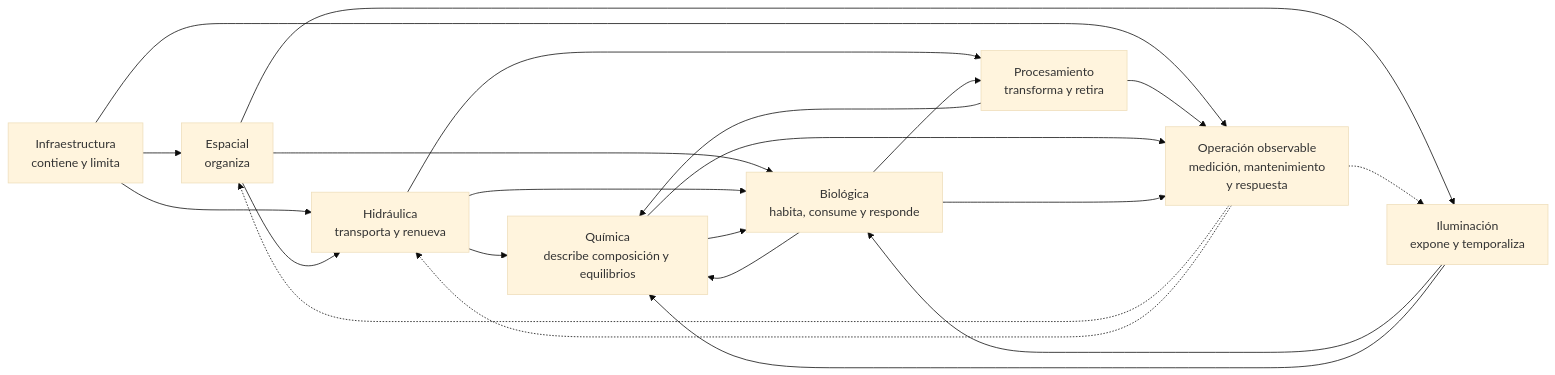
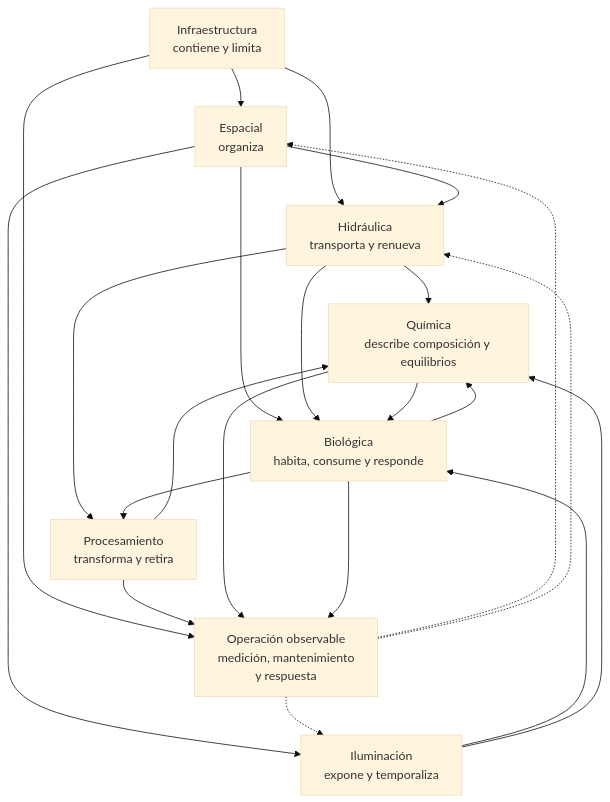
Before and after one commit to RicardoJBarrios/acuario-veril: the diagram in fichas/dimensiones/modelo.md, drawn with Mermaid (base theme). The commit also changed 18 other files, not shown here.

````diff
--- a/fichas/dimensiones/modelo.md
+++ b/fichas/dimensiones/modelo.md
@@ -37,33 +37,33 @@
 ```mermaid
-flowchart LR
+flowchart
     F[Infraestructura<br/>contiene y limita]
     E[Espacial<br/>organiza]
     H[Hidráulica<br/>transporta y renueva]
     L[Iluminación<br/>expone y temporaliza]
     B[Biológica<br/>habita, consume y responde]
     Q[Química<br/>describe composición y equilibrios]
     P[Procesamiento<br/>transforma y retira]
     O[Operación observable<br/>medición, mantenimiento<br/>y respuesta]
 
     F --> E
     F --> H
     F --> O
     E --> H
     E --> L
     E --> B
     H --> Q
     H --> P
     H --> B
     L --> B
     L --> Q
     B --> Q
     B --> P
     Q --> B
     P --> Q
     P --> O
     Q --> O
     B --> O
     O -.-> E
     O -.-> H
     O -.-> L
 ```
````
